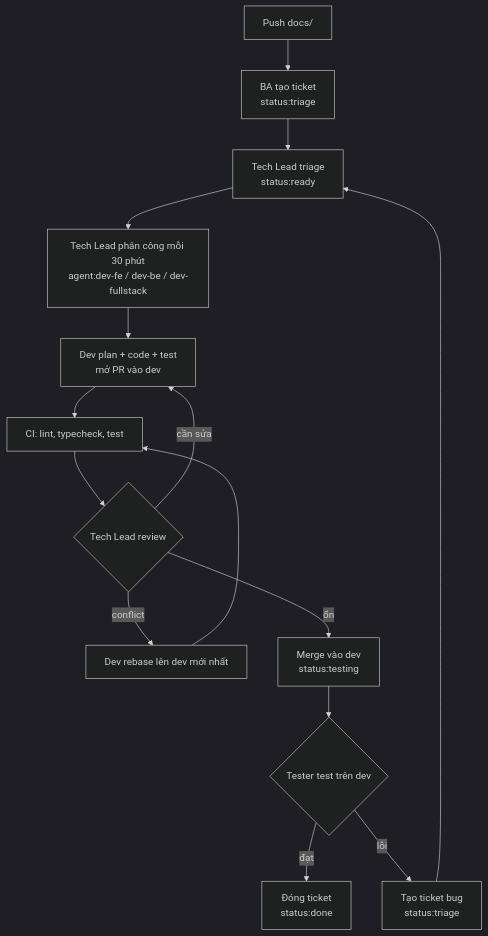
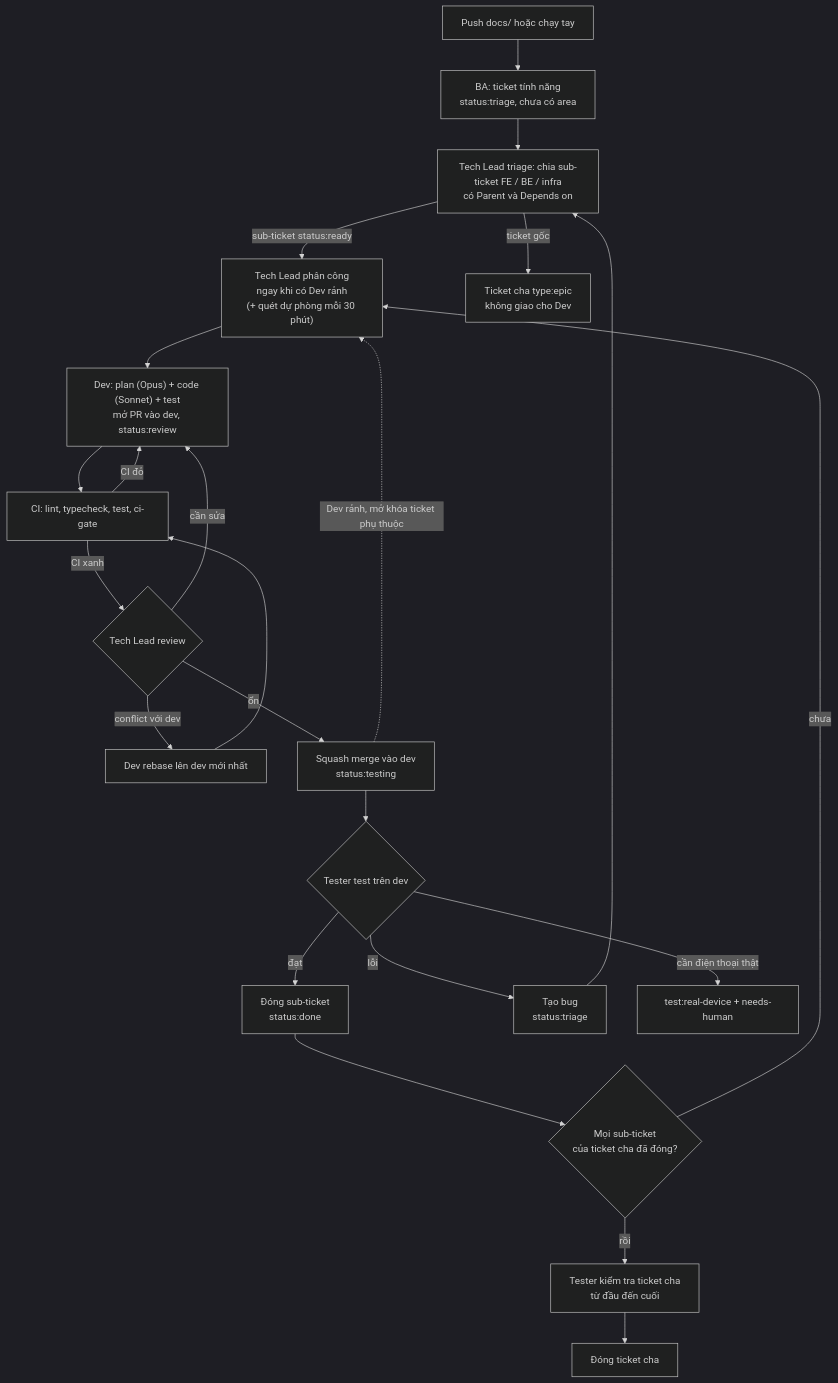
The diagram in docs/ai-software-factory.md (minhhoang2608/moneymates), drawn with Mermaid (dark theme) before and after one commit. The commit also changed other lines of this file, not shown here.

````diff
--- a/docs/ai-software-factory.md
+++ b/docs/ai-software-factory.md
@@ -26,15 +38,22 @@
 ```mermaid
 flowchart TD
-    D[Push docs/] --> BA[BA tạo ticket<br/>status:triage]
-    BA --> TL1[Tech Lead triage<br/>status:ready]
-    TL1 --> TL2[Tech Lead phân công mỗi 30 phút<br/>agent:dev-fe / dev-be / dev-fullstack]
-    TL2 --> DEV[Dev plan + code + test<br/>mở PR vào dev]
-    DEV --> CI[CI: lint, typecheck, test]
-    CI --> TL3{Tech Lead review}
-    TL3 -- cần sửa --> DEV
-    TL3 -- conflict --> RB[Dev rebase lên dev mới nhất] --> CI
-    TL3 -- ổn --> M[Merge vào dev<br/>status:testing]
-    M --> T{Tester test trên dev}
-    T -- đạt --> DONE[Đóng ticket<br/>status:done]
-    T -- lỗi --> BUG[Tạo ticket bug<br/>status:triage] --> TL1
+    D["Push docs/ hoặc chạy tay"] --> BA["BA: ticket tính năng<br/>status:triage, chưa có area"]
+    BA --> TL1["Tech Lead triage: chia sub-ticket FE / BE / infra<br/>có Parent và Depends on"]
+    TL1 -->|"sub-ticket status:ready"| TL2["Tech Lead phân công<br/>ngay khi có Dev rảnh<br/>(+ quét dự phòng mỗi 30 phút)"]
+    TL1 -->|"ticket gốc"| PAR["Ticket cha type:epic<br/>không giao cho Dev"]
+    TL2 --> DEV["Dev: plan (Opus) + code (Sonnet) + test<br/>mở PR vào dev, status:review"]
+    DEV --> CI["CI: lint, typecheck, test, ci-gate"]
+    CI -->|"CI đỏ"| DEV
+    CI -->|"CI xanh"| TL3{"Tech Lead review"}
+    TL3 -->|"cần sửa"| DEV
+    TL3 -->|"conflict với dev"| RB["Dev rebase lên dev mới nhất"] --> CI
+    TL3 -->|"ổn"| M["Squash merge vào dev<br/>status:testing"]
+    M -.->|"Dev rảnh, mở khóa ticket phụ thuộc"| TL2
+    M --> T{"Tester test trên dev"}
+    T -->|"đạt"| DONE["Đóng sub-ticket<br/>status:done"]
+    T -->|"lỗi"| BUG["Tạo bug<br/>status:triage"] --> TL1
+    T -->|"cần điện thoại thật"| HUM["test:real-device + needs-human"]
+    DONE --> ALL{"Mọi sub-ticket<br/>của ticket cha đã đóng?"}
+    ALL -->|"rồi"| TP["Tester kiểm tra ticket cha<br/>từ đầu đến cuối"] --> PD["Đóng ticket cha"]
+    ALL -->|"chưa"| TL2
 ```
````
